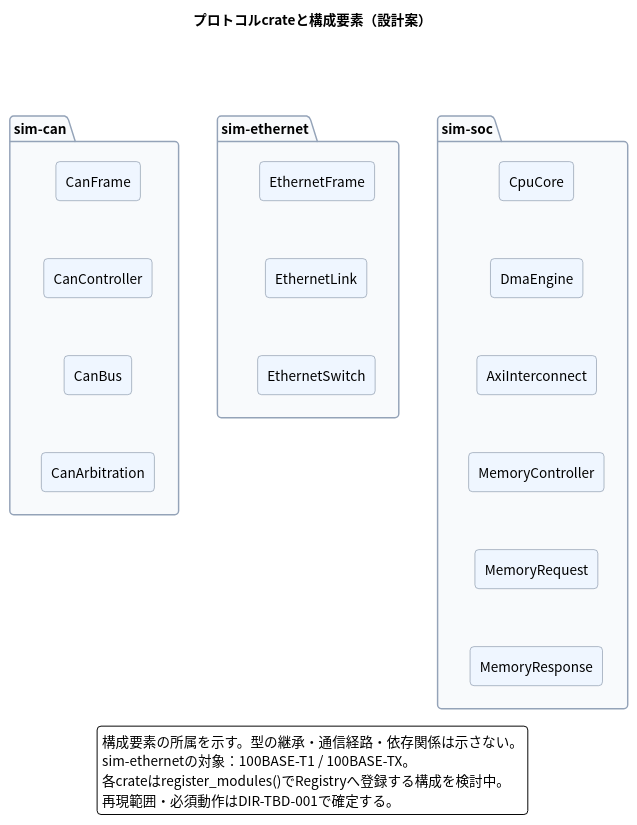
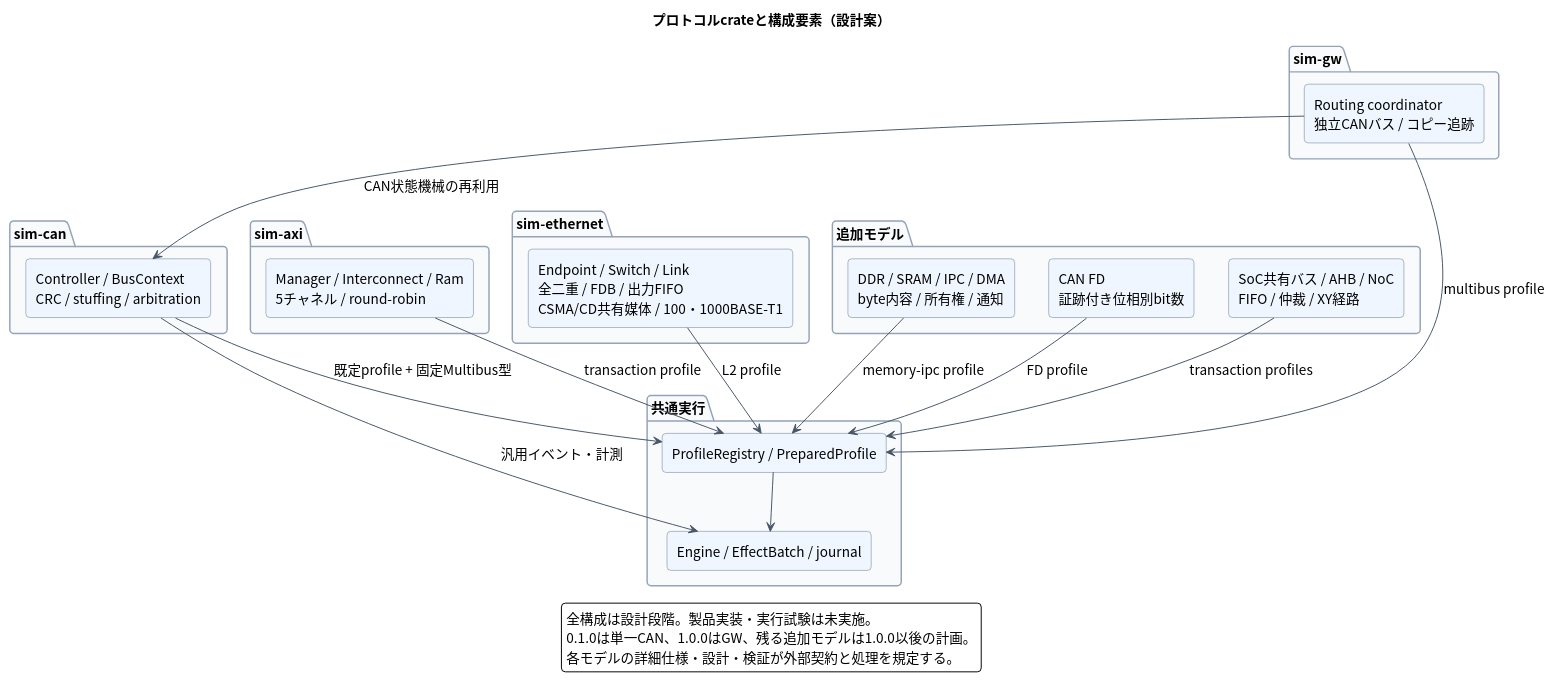
Before and after one commit to hideki-ozu/DIR-Simulator: the diagram in docs/diagrams/architecture/architecture--protocol-models--component.puml, drawn with PlantUML. The commit also changed 355 other files, not shown here.

```diff
--- a/docs/diagrams/architecture/architecture--protocol-models--component.puml
+++ b/docs/diagrams/architecture/architecture--protocol-models--component.puml
@@ -1,66 +1,65 @@
 @startuml architecture--protocol-models--component
 ' Document: ../../アーキテクチャ設計書.md
-' Section: Protocol Crates
+' Section: 全対象モデルと拡張境界
 ' Purpose: プロトコルcrateと構成要素（設計案）
 
 skinparam backgroundColor white
 skinparam defaultFontName Noto Sans CJK JP
 skinparam defaultFontSize 14
 skinparam shadowing false
 skinparam roundcorner 8
 skinparam ArrowColor #475569
 skinparam LineColor #475569
 skinparam componentStyle rectangle
 skinparam componentBackgroundColor #EFF6FF
 skinparam componentBorderColor #64748B
 skinparam activityBackgroundColor #EFF6FF
 skinparam activityBorderColor #64748B
 skinparam activityDiamondBackgroundColor #FFF7ED
 skinparam noteBackgroundColor #FFFBEA
 skinparam noteBorderColor #D6C77A
 skinparam classBackgroundColor #EFF6FF
 skinparam classBorderColor #64748B
 skinparam packageBackgroundColor #F8FAFC
 skinparam packageBorderColor #94A3B8
 
 title プロトコルcrateと構成要素（設計案）
 
 top to bottom direction
-package "sim-can" as can {
-  component "CanFrame" as canframe
-  component "CanController" as cancontroller
-  component "CanBus" as canbus
-  component "CanArbitration" as canarbitration
-  canframe -[hidden]down-> cancontroller
-  cancontroller -[hidden]down-> canbus
-  canbus -[hidden]down-> canarbitration
+package "共通実行" {
+ component "ProfileRegistry / PreparedProfile" as registry
+ component "Engine / EffectBatch / journal" as engine
+ registry --> engine
 }
-package "sim-ethernet" as ethernet {
-  component "EthernetFrame" as ethframe
-  component "EthernetLink" as ethlink
-  component "EthernetSwitch" as ethswitch
-  ethframe -[hidden]down-> ethlink
-  ethlink -[hidden]down-> ethswitch
+package "sim-can" {
+ component "Controller / BusContext\nCRC / stuffing / arbitration" as can
 }
-package "sim-soc" as soc {
-  component "CpuCore" as cpu
-  component "DmaEngine" as dma
-  component "AxiInterconnect" as axi
-  component "MemoryController" as memory
-  component "MemoryRequest" as request
-  component "MemoryResponse" as response
-  cpu -[hidden]down-> dma
-  dma -[hidden]down-> axi
-  axi -[hidden]down-> memory
-  memory -[hidden]down-> request
-  request -[hidden]down-> response
+package "sim-gw" {
+ component "Routing coordinator\n独立CANバス / コピー追跡" as gw
 }
-can -[hidden]right-> ethernet
-ethernet -[hidden]right-> soc
+package "sim-axi" {
+ component "Manager / Interconnect / Ram\n5チャネル / round-robin" as axi
+}
+package "sim-ethernet" {
+ component "Endpoint / Switch / Link\n全二重 / FDB / 出力FIFO\nCSMA/CD共有媒体 / 100・1000BASE-T1" as ethernet
+}
+package "追加モデル" {
+ component "CAN FD\n証跡付き位相別bit数" as fd
+ component "SoC共有バス / AHB / NoC\nFIFO / 仲裁 / XY経路" as soc
+ component "DDR / SRAM / IPC / DMA\nbyte内容 / 所有権 / 通知" as memory
+}
+fd --> registry : FD profile
+soc --> registry : transaction profiles
+memory --> registry : memory-ipc profile
+can --> registry : 既定profile + 固定Multibus型
+can --> engine : 汎用イベント・計測
+ gw --> can : CAN状態機械の再利用
+ gw --> registry : multibus profile
+ axi --> registry : transaction profile
+ ethernet --> registry : L2 profile
 legend bottom
-  構成要素の所属を示す。型の継承・通信経路・依存関係は示さない。
-  sim-ethernetの対象：100BASE-T1 / 100BASE-TX。
-  各crateはregister_modules()でRegistryへ登録する構成を検討中。
-  再現範囲・必須動作はDIR-TBD-001で確定する。
+  全構成は設計段階。製品実装・実行試験は未実施。
+  0.1.0は単一CAN、1.0.0はGW、残る追加モデルは1.0.0以後の計画。
+  各モデルの詳細仕様・設計・検証が外部契約と処理を規定する。
 endlegend
 @enduml
```
